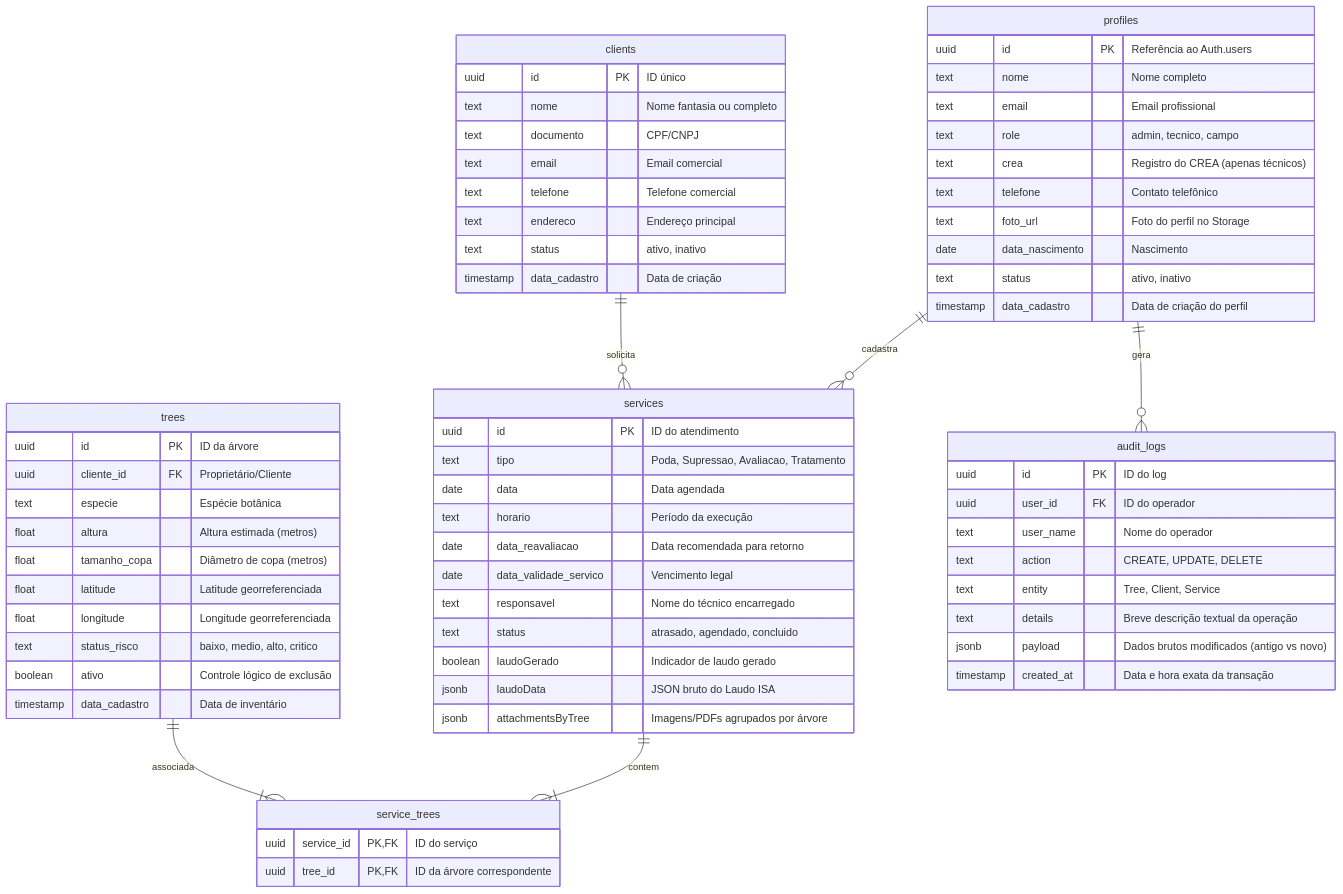
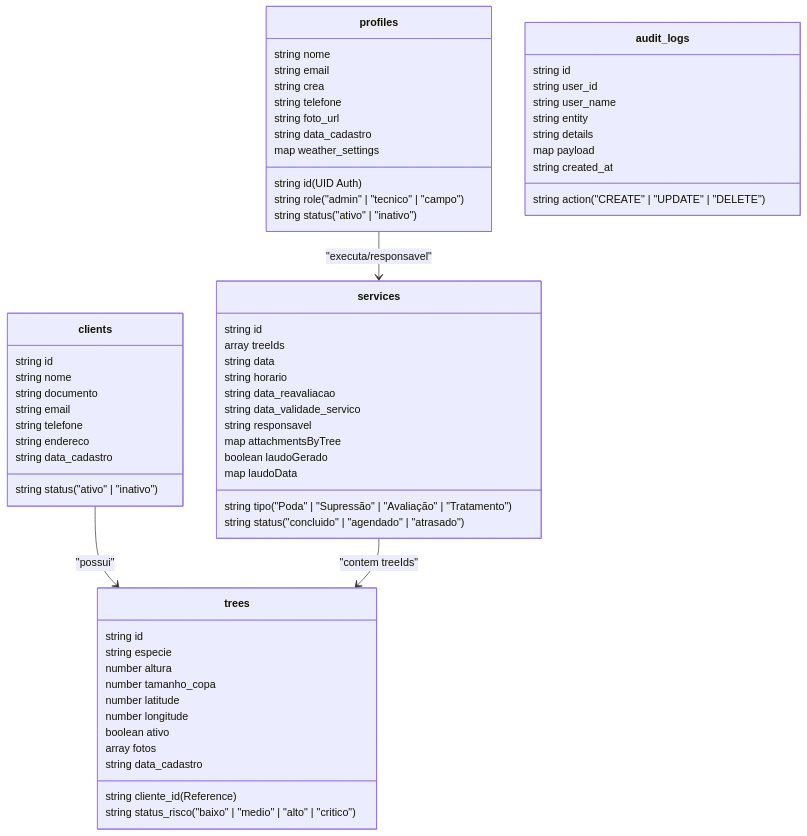
One commit to rafaelcaetite/Arbolia changed the diagram in README.md. Above: the diagram before and after it, drawn with Mermaid. The commit also changed other lines of this file and 153 other files, not shown here.

````diff
--- a/README.md
+++ b/README.md
@@ -152,75 +154,66 @@
 ```mermaid
-erDiagram
-    profiles ||--o{ services : "cadastra"
-    clients ||--o{ services : "solicita"
-    services ||--|{ service_trees : "contem"
-    trees ||--|{ service_trees : "associada"
-    profiles ||--o{ audit_logs : "gera"
-
-    profiles {
-        uuid id PK "Referência ao Auth.users"
-        text nome "Nome completo"
-        text email "Email profissional"
-        text role "admin, tecnico, campo"
-        text crea "Registro do CREA (apenas técnicos)"
-        text telefone "Contato telefônico"
-        text foto_url "Foto do perfil no Storage"
-        date data_nascimento "Nascimento"
-        text status "ativo, inativo"
-        timestamp data_cadastro "Data de criação do perfil"
+classDiagram
+    class profiles {
+        string id (UID Auth)
+        string nome
+        string email
+        string role ("admin" | "tecnico" | "campo")
+        string crea
+        string telefone
+        string foto_url
+        string status ("ativo" | "inativo")
+        string data_cadastro
+        map weather_settings
+    }
+    class clients {
+        string id
+        string nome
+        string documento
+        string email
+        string telefone
+        string endereco
+        string status ("ativo" | "inativo")
+        string data_cadastro
+    }
+    class trees {
+        string id
+        string cliente_id (Reference)
+        string especie
+        number altura
+        number tamanho_copa
+        number latitude
+        number longitude
+        string status_risco ("baixo" | "medio" | "alto" | "critico")
+        boolean ativo
+        array fotos
+        string data_cadastro
+    }
+    class services {
+        string id
+        array treeIds
+        string tipo ("Poda" | "Supressão" | "Avaliação" | "Tratamento")
+        string data
+        string horario
+        string data_reavaliacao
+        string data_validade_servico
+        string responsavel
+        string status ("concluido" | "agendado" | "atrasado")
+        map attachmentsByTree
+        boolean laudoGerado
+        map laudoData
+    }
+    class audit_logs {
+        string id
+        string user_id
+        string user_name
+        string action ("CREATE" | "UPDATE" | "DELETE")
+        string entity
+        string details
+        map payload
+        string created_at
     }
 
-    clients {
-        uuid id PK "ID único"
-        text nome "Nome fantasia ou completo"
-        text documento "CPF/CNPJ"
-        text email "Email comercial"
-        text telefone "Telefone comercial"
-        text endereco "Endereço principal"
-        text status "ativo, inativo"
-        timestamp data_cadastro "Data de criação"
-    }
-
-    trees {
-        uuid id PK "ID da árvore"
-        uuid cliente_id FK "Proprietário/Cliente"
-        text especie "Espécie botânica"
-        float altura "Altura estimada (metros)"
-        float tamanho_copa "Diâmetro de copa (metros)"
-        float latitude "Latitude georreferenciada"
-        float longitude "Longitude georreferenciada"
-        text status_risco "baixo, medio, alto, critico"
-        boolean ativo "Controle lógico de exclusão"
-        timestamp data_cadastro "Data de inventário"
-    }
-
-    services {
-        uuid id PK "ID do atendimento"
-        text tipo "Poda, Supressao, Avaliacao, Tratamento"
-        date data "Data agendada"
-        text horario "Período da execução"
-        date data_reavaliacao "Data recomendada para retorno"
-        date data_validade_servico "Vencimento legal"
-        text responsavel "Nome do técnico encarregado"
-        text status "atrasado, agendado, concluido"
-        boolean laudoGerado "Indicador de laudo gerado"
-        jsonb laudoData "JSON bruto do Laudo ISA"
-        jsonb attachmentsByTree "Imagens/PDFs agrupados por árvore"
-    }
-
-    service_trees {
-        uuid service_id PK, FK "ID do serviço"
-        uuid tree_id PK, FK "ID da árvore correspondente"
-    }
-
-    audit_logs {
-        uuid id PK "ID do log"
-        uuid user_id FK "ID do operador"
-        text user_name "Nome do operador"
-        text action "CREATE, UPDATE, DELETE"
-        text entity "Tree, Client, Service"
-        text details "Breve descrição textual da operação"
-        jsonb payload "Dados brutos modificados (antigo vs novo)"
-        timestamp created_at "Data e hora exata da transação"
-    }
+    profiles --> services : "executa/responsavel"
+    clients --> trees : "possui"
+    services --> trees : "contem treeIds"
 ```
````
